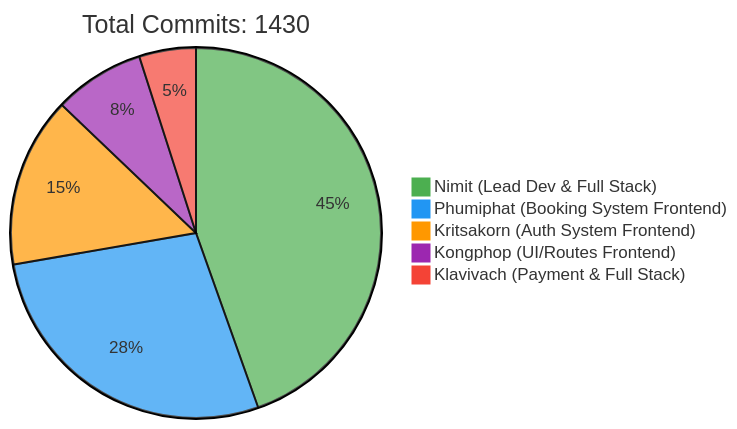
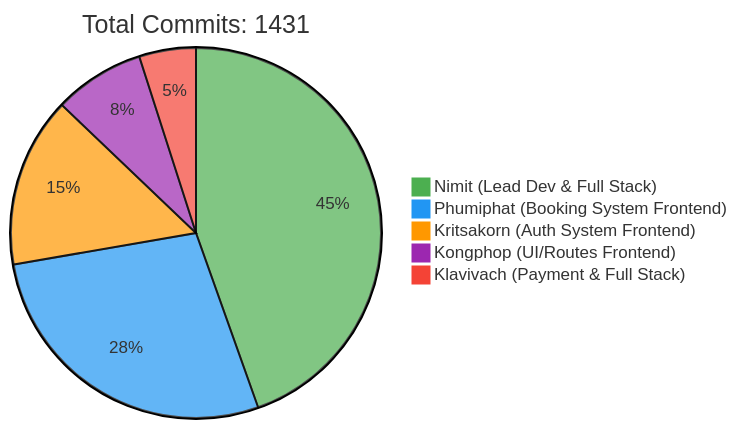
The first of 2 diagrams in README.md (6531503042/Sport-Complex), drawn with Mermaid before and after one commit. The commit also changed other lines of this file, not shown here.

Commit message:
docs: Update contributor statistics [skip ci]

````diff
--- a/README.md
+++ b/README.md
@@ -257,10 +257,10 @@
 ```mermaid
 %%{init: {'theme': 'base', 'themeVariables': { 'pie1': '#4CAF50', 'pie2': '#2196F3', 'pie3': '#FF9800', 'pie4': '#9C27B0', 'pie5': '#F44336'}}}%%
 pie
-    title Total Commits: 1430
+    title Total Commits: 1431
     "Nimit (Lead Dev & Full Stack)" : 450
     "Phumiphat (Booking System Frontend)" : 280
     "Kritsakorn (Auth System Frontend)" : 150
     "Kongphop (UI/Routes Frontend)" : 80
     "Klavivach (Payment & Full Stack)" : 50
 ```
````
